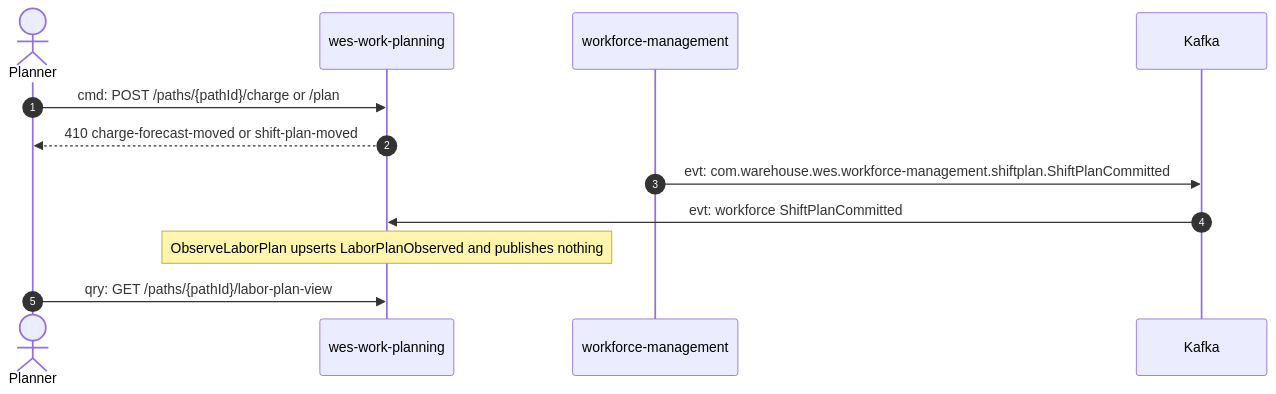
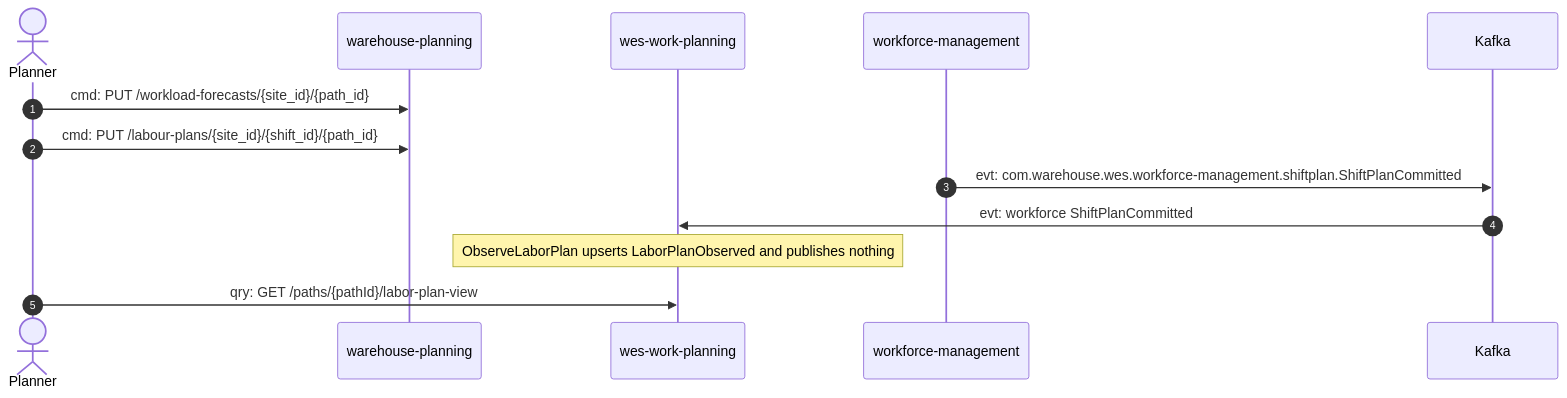
Before and after one commit to IQVO/wes-work-planning: the second of 4 diagrams in docs/docs/ddd/domain-message-flow.md, drawn with Mermaid. The commit also changed other lines of this file and 10 other files, not shown here.

````diff
--- a/docs/docs/ddd/domain-message-flow.md
+++ b/docs/docs/ddd/domain-message-flow.md
@@ -57,15 +57,16 @@
 ```mermaid
 sequenceDiagram
     autonumber
     actor Planner
+    participant WPL as warehouse-planning
     participant WP as wes-work-planning
     participant WM as workforce-management
     participant K as Kafka
 
-    Planner->>WP: cmd: POST /paths/{pathId}/charge or /plan
-    WP-->>Planner: 410 charge-forecast-moved or shift-plan-moved
+    Planner->>WPL: cmd: PUT /workload-forecasts/{site_id}/{path_id}
+    Planner->>WPL: cmd: PUT /labour-plans/{site_id}/{shift_id}/{path_id}
     WM->>K: evt: com.warehouse.wes.workforce-management.shiftplan.ShiftPlanCommitted
     K->>WP: evt: workforce ShiftPlanCommitted
     Note over WP: ObserveLaborPlan upserts LaborPlanObserved and publishes nothing
     Planner->>WP: qry: GET /paths/{pathId}/labor-plan-view
 ```
````
